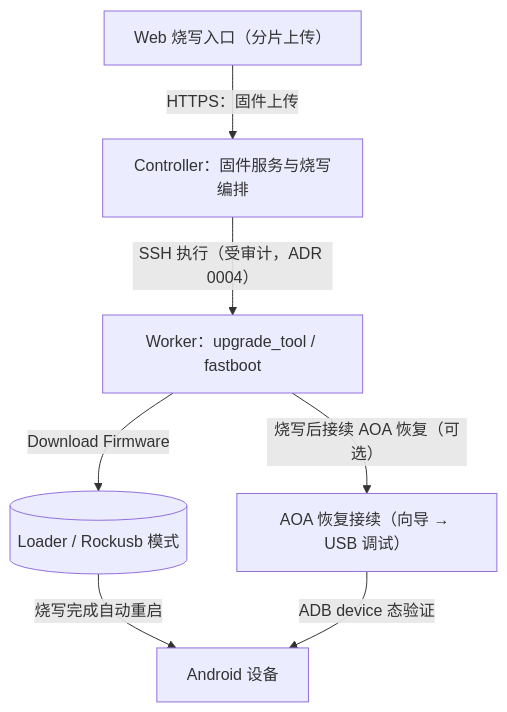
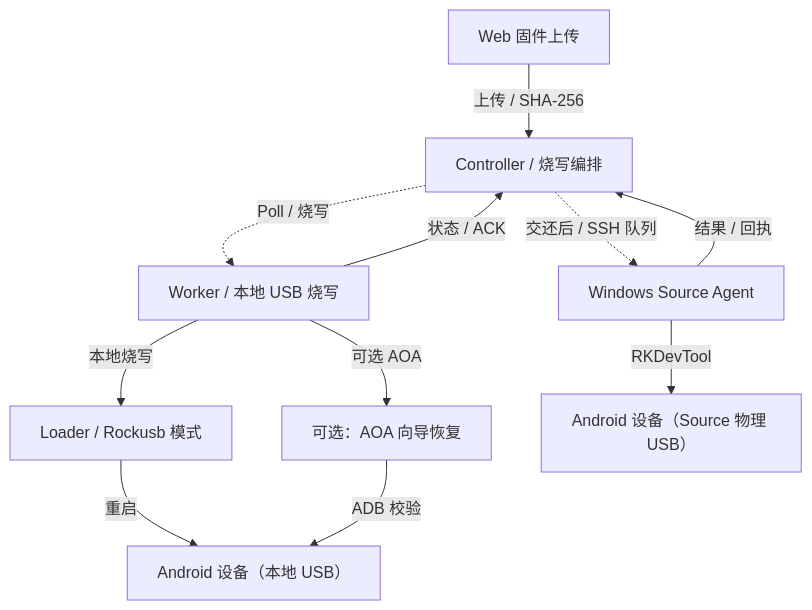
Before and after one commit to weixin1263831586/GMS_Remote_Test_Web: the diagram in docs/architecture/firmware-topology.mmd, drawn with Mermaid. The commit also changed 14 other files, not shown here.

First line of the commit message:
Architecture: add workflow views and unify diagram presentation

```diff
--- a/docs/architecture/firmware-topology.mmd
+++ b/docs/architecture/firmware-topology.mmd
@@ -1,14 +1,21 @@
+%% 本地 Worker 路径与 USB/IP Source-side Flash 必须分开；Linux Source 整包烧写 fail closed。
 flowchart TB
-    Browser["Web 烧写入口（分片上传）"]
-    Ctrl["Controller：固件服务与烧写编排"]
-    Worker["Worker：upgrade_tool / fastboot"]
-    Loader[("Loader / Rockusb 模式")]
-    Dev["Android 设备"]
-    AoaRec["AOA 恢复接续（向导 → USB 调试）"]
+    Browser["Web 固件上传"]
+    Ctrl["Controller / 烧写编排"]
+    Worker["Worker / 本地 USB 烧写"]
+    Loader["Loader / Rockusb 模式"]
+    Dev["Android 设备（本地 USB）"]
+    AoaRec["可选：AOA 向导恢复"]
+    SourceHost["Windows Source Agent"]
+    SourceDev["Android 设备（Source 物理 USB）"]
 
-    Browser -->|"HTTPS：固件上传"| Ctrl
-    Ctrl -->|"SSH 执行（受审计，ADR 0004）"| Worker
-    Worker -->|"Download Firmware"| Loader
-    Loader -->|"烧写完成自动重启"| Dev
-    Worker -->|"烧写后接续 AOA 恢复（可选）"| AoaRec
-    AoaRec -->|"ADB device 态验证"| Dev
+    Browser -->|"上传 / SHA-256"| Ctrl
+    Ctrl -.->|"Poll / 烧写"| Worker
+    Worker -->|"状态 / ACK"| Ctrl
+    Worker -->|"本地烧写"| Loader
+    Loader -->|"重启"| Dev
+    Worker -->|"可选 AOA"| AoaRec
+    AoaRec -->|"ADB 校验"| Dev
+    Ctrl -.->|"交还后 / SSH 队列"| SourceHost
+    SourceHost -->|"RKDevTool"| SourceDev
+    SourceHost -->|"结果 / 回执"| Ctrl
```
